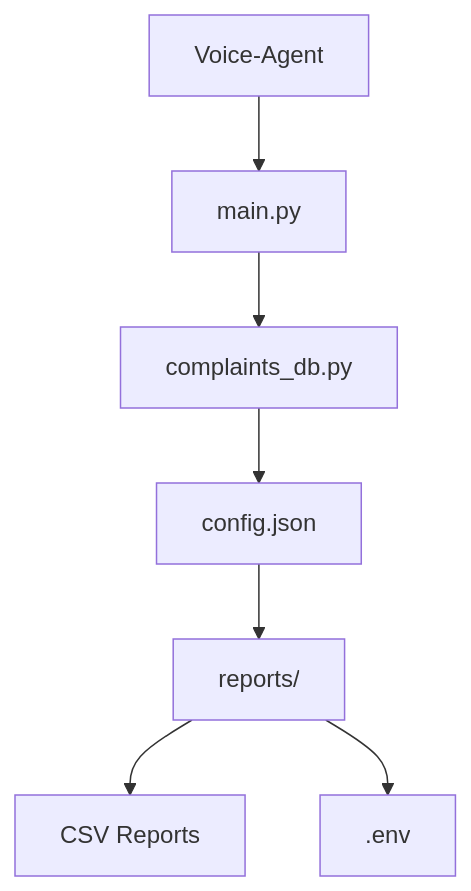
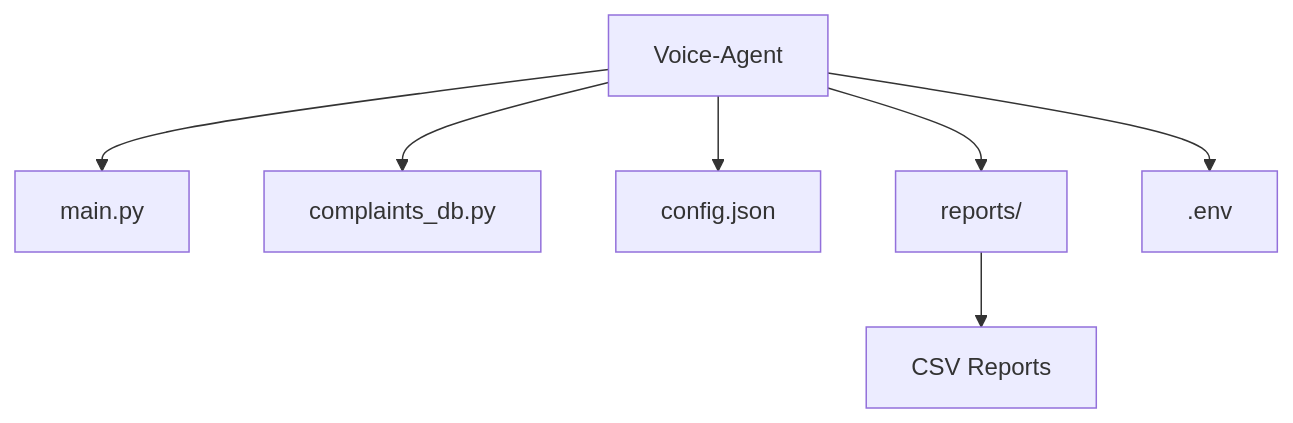
The second of 2 diagrams in README.md (aks-hit/Customer_Support_Voice_agent), drawn with Mermaid before and after one commit.

````diff
--- a/README.md
+++ b/README.md
@@ -44,9 +44,9 @@
 ```mermaid
 flowchart TD
     A[Voice-Agent] --> B[main.py]
-    B --> C[complaints_db.py]
-    C --> D[config.json]
-    D --> F[reports/]
+    A --> C[complaints_db.py]
+    A--> D[config.json]
+    A --> F[reports/]
     F --> F1[CSV Reports]
-    F --> H[.env]
+    A --> H[.env]
 ```
````
